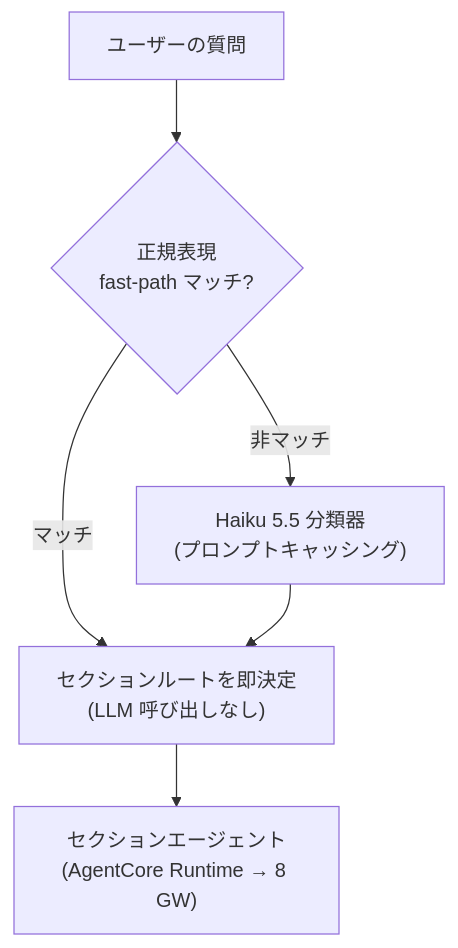
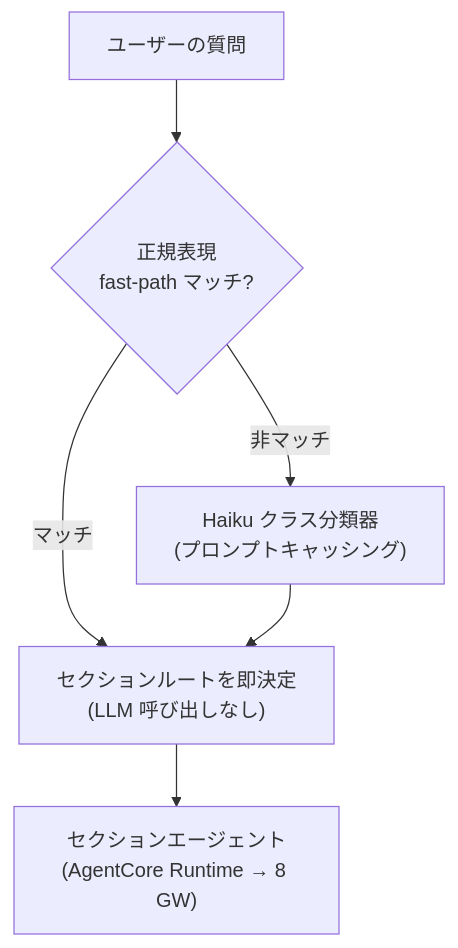
The third of 4 diagrams in docs-site/i18n/ja/docusaurus-plugin-content-docs/current/faq/architecture.md (aws-samples/sample-awsops), drawn with Mermaid before and after one commit. The commit also changed other lines of this file and 38 other files, not shown here.

````diff
--- a/docs-site/i18n/ja/docusaurus-plugin-content-docs/current/faq/architecture.md
+++ b/docs-site/i18n/ja/docusaurus-plugin-content-docs/current/faq/architecture.md
@@ -127,8 +127,8 @@
 ```mermaid
 flowchart TD
   Q["ユーザーの質問"] --> REGEX{"正規表現<br/>fast-path マッチ?"}
   REGEX -->|"マッチ"| ROUTE["セクションルートを即決定<br/>(LLM 呼び出しなし)"]
-  REGEX -->|"非マッチ"| HAIKU["Haiku 5.5 分類器<br/>(プロンプトキャッシング)"]
+  REGEX -->|"非マッチ"| HAIKU["Haiku クラス分類器<br/>(プロンプトキャッシング)"]
   HAIKU --> ROUTE
   ROUTE --> AGENT["セクションエージェント<br/>(AgentCore Runtime → 8 GW)"]
 ```
````
